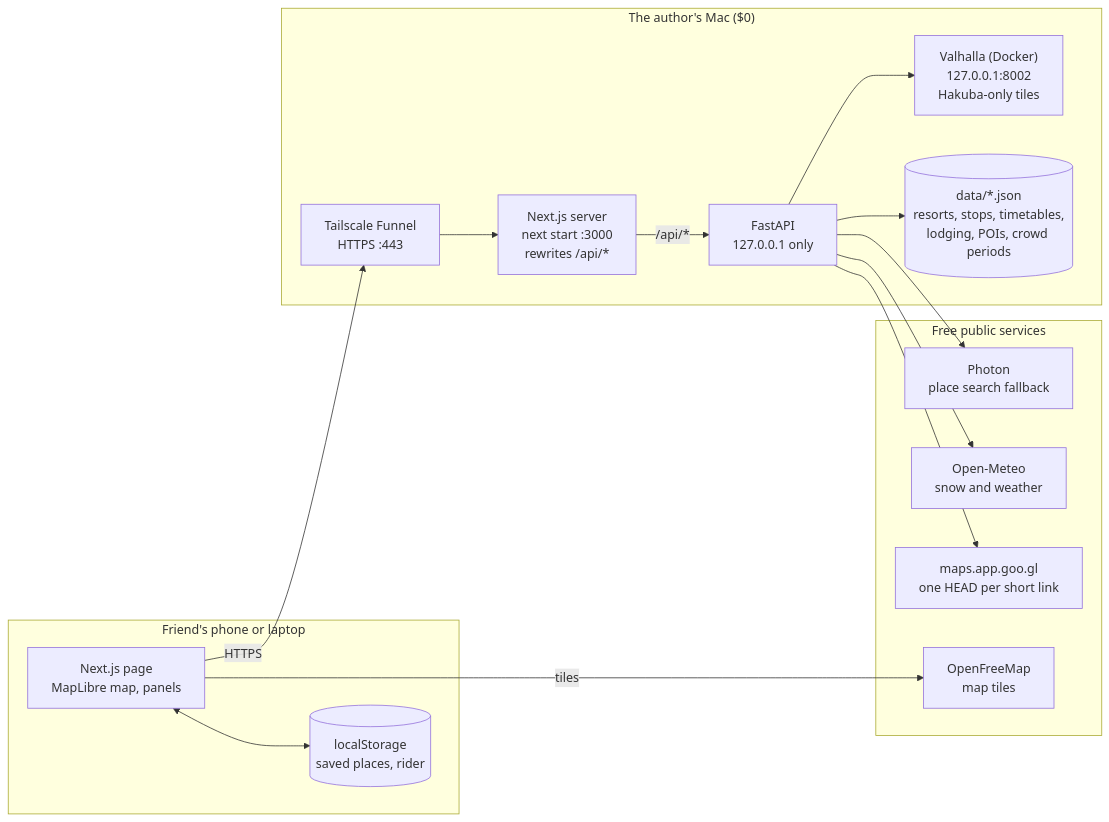
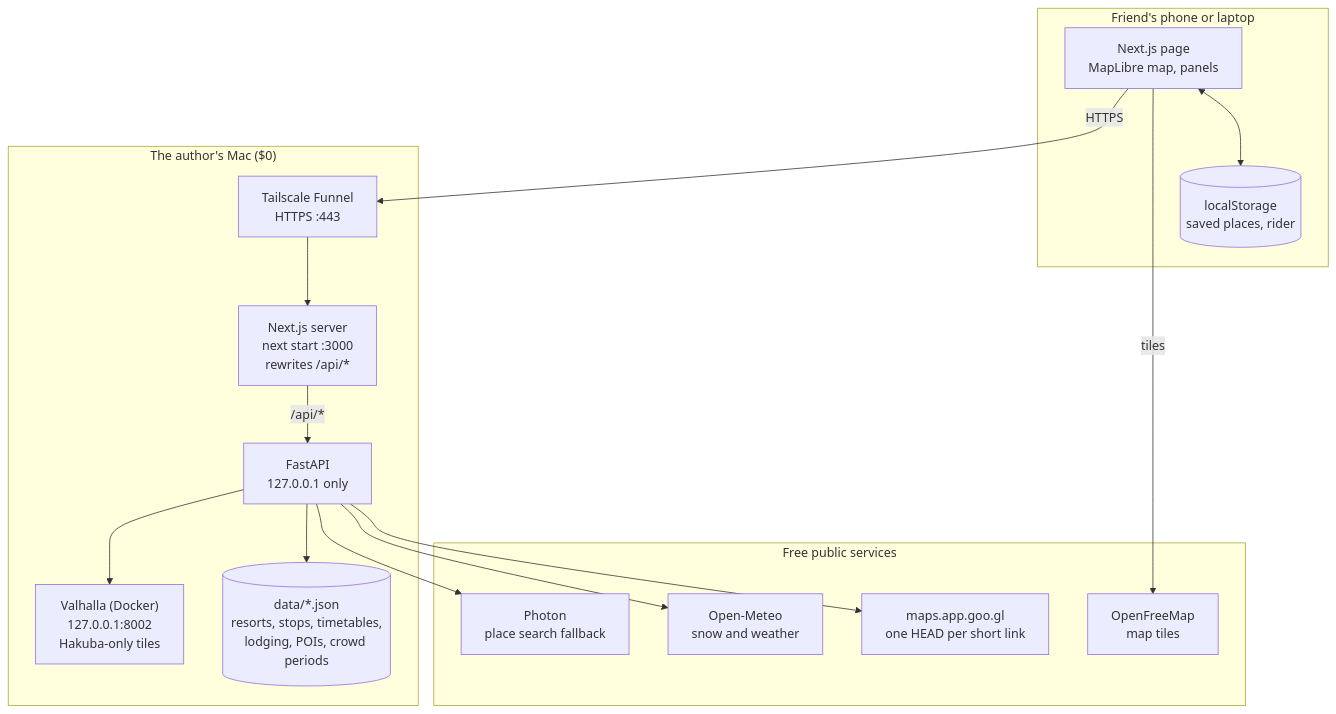
The diagram in docs/ARCHITECTURE.md (r03922123/jp_ski_map), drawn with Mermaid before and after one commit.

Commit message:
docs: draw the system diagram top to bottom so it fits the page

````diff
--- a/docs/ARCHITECTURE.md
+++ b/docs/ARCHITECTURE.md
@@ -75,31 +75,31 @@
 ```mermaid
-flowchart LR
+flowchart TB
   subgraph Phone["Friend's phone or laptop"]
     UI["Next.js page<br/>MapLibre map, panels"]
     LS[("localStorage<br/>saved places, rider")]
   end
 
   subgraph Mac["The author's Mac ($0)"]
     TS["Tailscale Funnel<br/>HTTPS :443"]
     WEB["Next.js server<br/>next start :3000<br/>rewrites /api/*"]
     API["FastAPI<br/>127.0.0.1 only"]
     VAL["Valhalla (Docker)<br/>127.0.0.1:8002<br/>Hakuba-only tiles"]
     DATA[("data/*.json<br/>resorts, stops, timetables,<br/>lodging, POIs, crowd periods")]
   end
 
   subgraph Net["Free public services"]
     OFM["OpenFreeMap<br/>map tiles"]
     PH["Photon<br/>place search fallback"]
     OM["Open-Meteo<br/>snow and weather"]
     GOO["maps.app.goo.gl<br/>one HEAD per short link"]
   end
 
   UI -- HTTPS --> TS --> WEB -- "/api/*" --> API
   UI -- tiles --> OFM
   UI <--> LS
   API --> VAL
   API --> DATA
   API --> PH
   API --> OM
   API --> GOO
 ```
````
